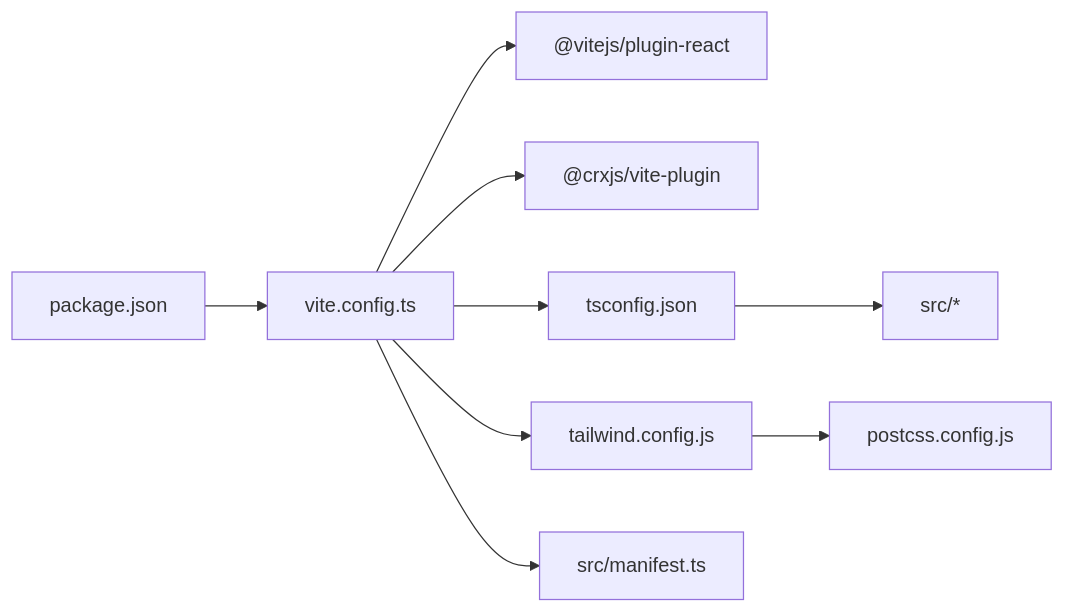
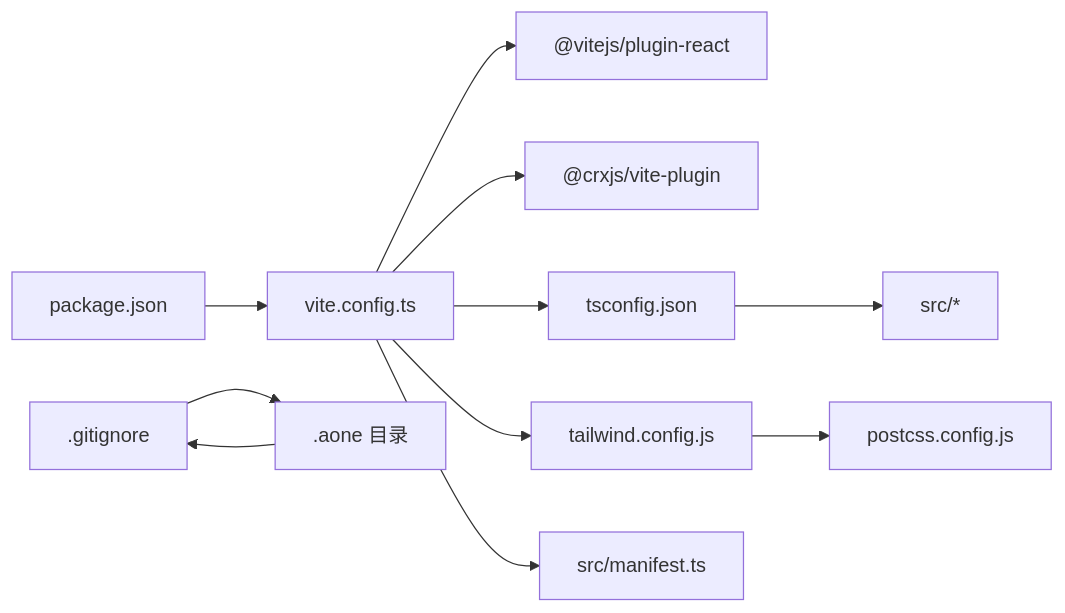
Before and after one commit to RadiumAg/bilibili-favorites: the seventh of 7 diagrams in .qoder/repowiki/zh/content/开发指南/构建配置详解.md, drawn with Mermaid. The commit also changed other lines of this file and 8 other files, not shown here.

````diff
--- a/.qoder/repowiki/zh/content/开发指南/构建配置详解.md
+++ b/.qoder/repowiki/zh/content/开发指南/构建配置详解.md
@@ -300,11 +334,13 @@
 ```mermaid
 graph LR
 P["package.json"] --> V["vite.config.ts"]
 V --> R["@vitejs/plugin-react"]
 V --> C["@crxjs/vite-plugin"]
 V --> TSC["tsconfig.json"]
 TSC --> SRC["src/*"]
 V --> TW["tailwind.config.js"]
 TW --> PC["postcss.config.js"]
 V --> M["src/manifest.ts"]
+GI[".gitignore"] --> AONE[".aone 目录"]
+AONE --> GI
 ```
````
